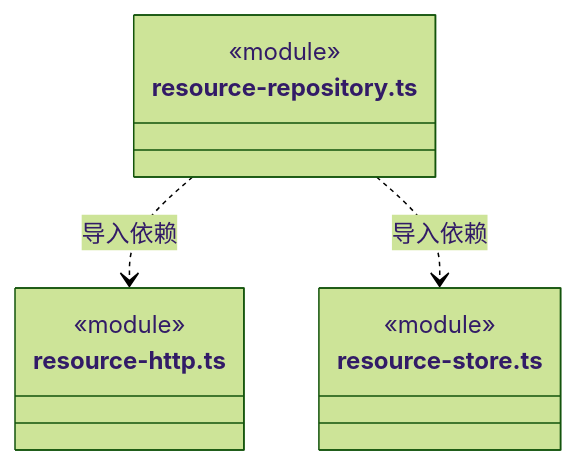
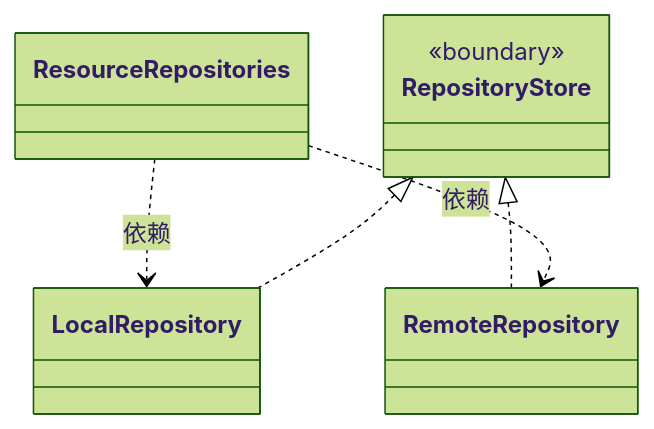
One commit to nan023062/cbim changed the diagram in src/logic/resources/service/ARCHITECTURE.md. Above: the diagram before and after it, drawn with Mermaid (forest theme). The commit also changed other lines of this file and 158 other files, not shown here.

Commit message:
docs: model architecture through nested virtual encapsulations

````diff
--- a/src/logic/resources/service/ARCHITECTURE.md
+++ b/src/logic/resources/service/ARCHITECTURE.md
@@ -257,14 +21,17 @@
 ```mermaid
 classDiagram
-class N_src_logic_resources_service_resource_repository_ts["resource-repository.ts"] {
-  <<module>>
+class N_2468445e4d64["LocalRepository"]
+click N_2468445e4d64 href "resource-store.ts"
+class N_275fa11139b3["ResourceRepositories"]
+click N_275fa11139b3 href "resource-repository.ts"
+class N_bd13d8f8b85b["RepositoryStore"] {
+  <<boundary>>
 }
-class N_src_logic_resources_service_resource_http_ts["resource-http.ts"] {
-  <<module>>
-}
-class N_src_logic_resources_service_resource_store_ts["resource-store.ts"] {
-  <<module>>
-}
-N_src_logic_resources_service_resource_repository_ts ..> N_src_logic_resources_service_resource_http_ts : 导入依赖
-N_src_logic_resources_service_resource_repository_ts ..> N_src_logic_resources_service_resource_store_ts : 导入依赖
+click N_bd13d8f8b85b href "resource-store.ts"
+class N_ac7b9d1f862e["RemoteRepository"]
+click N_ac7b9d1f862e href "resource-http.ts"
+N_bd13d8f8b85b <|.. N_ac7b9d1f862e
+N_275fa11139b3 ..> N_2468445e4d64 : 依赖
+N_275fa11139b3 ..> N_ac7b9d1f862e : 依赖
+N_bd13d8f8b85b <|.. N_2468445e4d64
 ```
````
